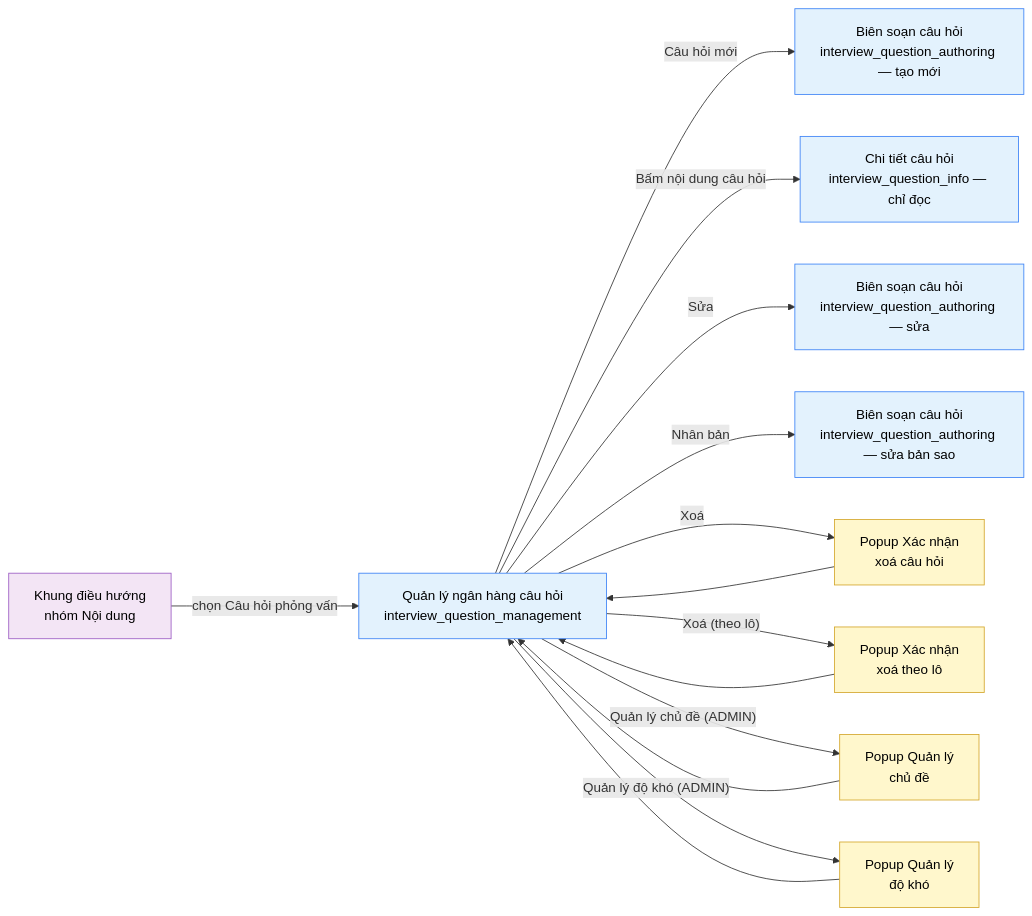
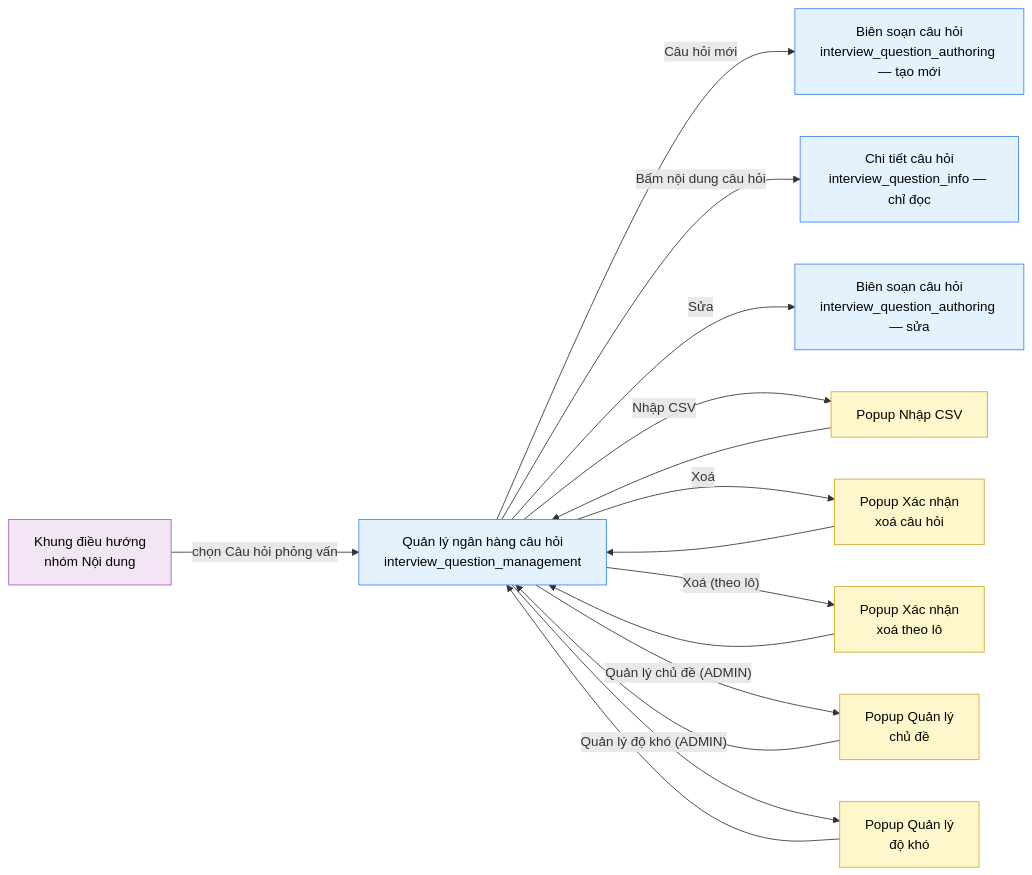
Before and after one commit to daiphu1801/PRJ_ALGOPREP: the diagram in 02-bd/screens/shared/SHR0301_interview_question_management.md, drawn with Mermaid. The commit also changed other lines of this file and 373 other files, not shown here.

````diff
--- a/02-bd/screens/shared/SHR0301_interview_question_management.md
+++ b/02-bd/screens/shared/SHR0301_interview_question_management.md
@@ -222,25 +233,26 @@
 ```mermaid
 flowchart LR
     nav["Khung điều hướng<br/>nhóm Nội dung"] -->|"chọn Câu hỏi phỏng vấn"| main["Quản lý ngân hàng câu hỏi<br/>interview_question_management"]
     main -->|"Câu hỏi mới"| create["Biên soạn câu hỏi<br/>interview_question_authoring — tạo mới"]
     main -->|"Bấm nội dung câu hỏi"| info["Chi tiết câu hỏi<br/>interview_question_info — chỉ đọc"]
     main -->|"Sửa"| edit["Biên soạn câu hỏi<br/>interview_question_authoring — sửa"]
-    main -->|"Nhân bản"| dup["Biên soạn câu hỏi<br/>interview_question_authoring — sửa bản sao"]
+    main -->|"Nhập CSV"| csv["Popup Nhập CSV"]
+    csv --> main
     main -->|"Xoá"| confirm["Popup Xác nhận<br/>xoá câu hỏi"]
     confirm --> main
     main -->|"Xoá (theo lô)"| confirmBulk["Popup Xác nhận<br/>xoá theo lô"]
     confirmBulk --> main
     main -->|"Quản lý chủ đề (ADMIN)"| topics["Popup Quản lý<br/>chủ đề"]
     topics --> main
     main -->|"Quản lý độ khó (ADMIN)"| levels["Popup Quản lý<br/>độ khó"]
     levels --> main
 
     classDef source fill:#F3E5F5,stroke:#9C5CC4,color:#000
     classDef screen fill:#E3F2FD,stroke:#3B82F6,color:#000
     classDef popup fill:#FFF7CC,stroke:#D4A72C,color:#000
 
     class nav source
     class main screen
-    class create,edit,dup,info screen
-    class confirm,confirmBulk,topics,levels popup
+    class create,edit,info screen
+    class confirm,confirmBulk,csv,topics,levels popup
 ```
````
